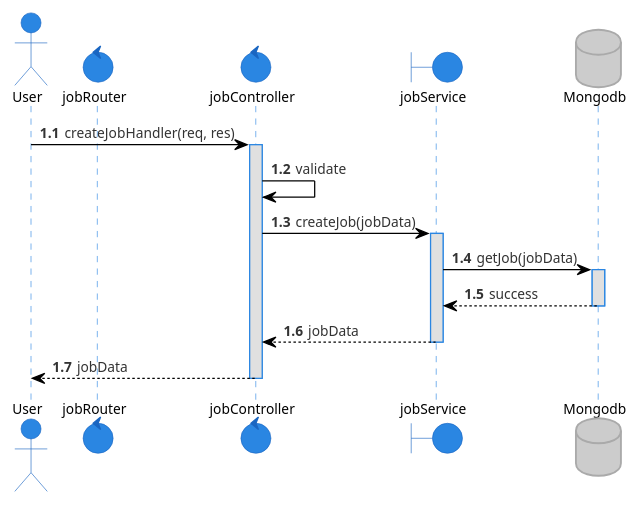
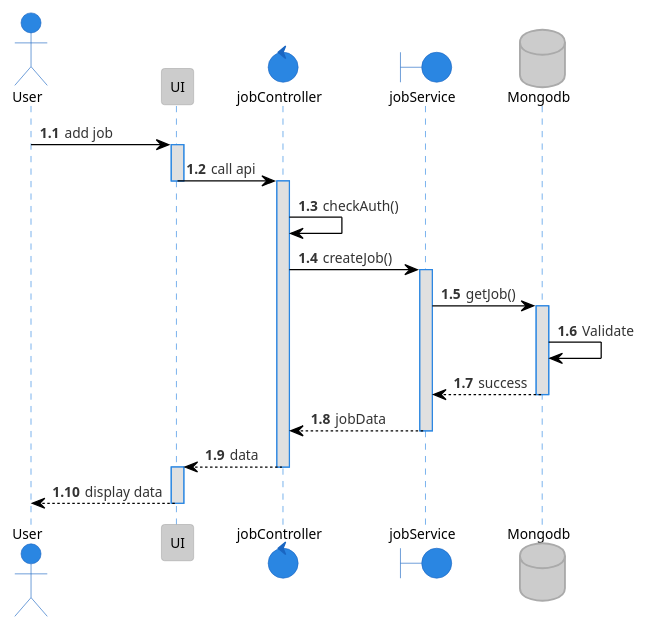
The diagram in plantuml/sequence/job/addJob.puml (tuannm99/RMS), drawn with PlantUML before and after one commit.

Commit message:
update - addJob sequence diagram

```diff
--- a/plantuml/sequence/job/addJob.puml
+++ b/plantuml/sequence/job/addJob.puml
@@ -1,25 +1,33 @@
 @startuml addJob
 !theme reddress-lightblue
 
 autonumber 1.1
 actor User
-control  jobRouter
+participant UI
 control  jobController
 boundary jobService
 database Mongodb
 
-User -> jobController: createJobHandler(req, res)
+User -> UI: add job
+activate UI
+UI -> jobController: call api
+deactivate UI
 activate jobController
-jobController -> jobController: validate
-jobController -> jobService: createJob(jobData)
+jobController -> jobController: checkAuth()
+jobController -> jobService: createJob()
 activate jobService
-jobService -> Mongodb: getJob(jobData)
+jobService -> Mongodb: getJob()
 activate Mongodb
+Mongodb -> Mongodb: Validate
 Mongodb --> jobService: success
 deactivate Mongodb
 jobService --> jobController: jobData
 deactivate jobService
-jobController --> User: jobData
+jobController --> UI: data
 deactivate jobController
+activate UI
+UI --> User: display data
+deactivate UI
+
 
 @enduml
```
